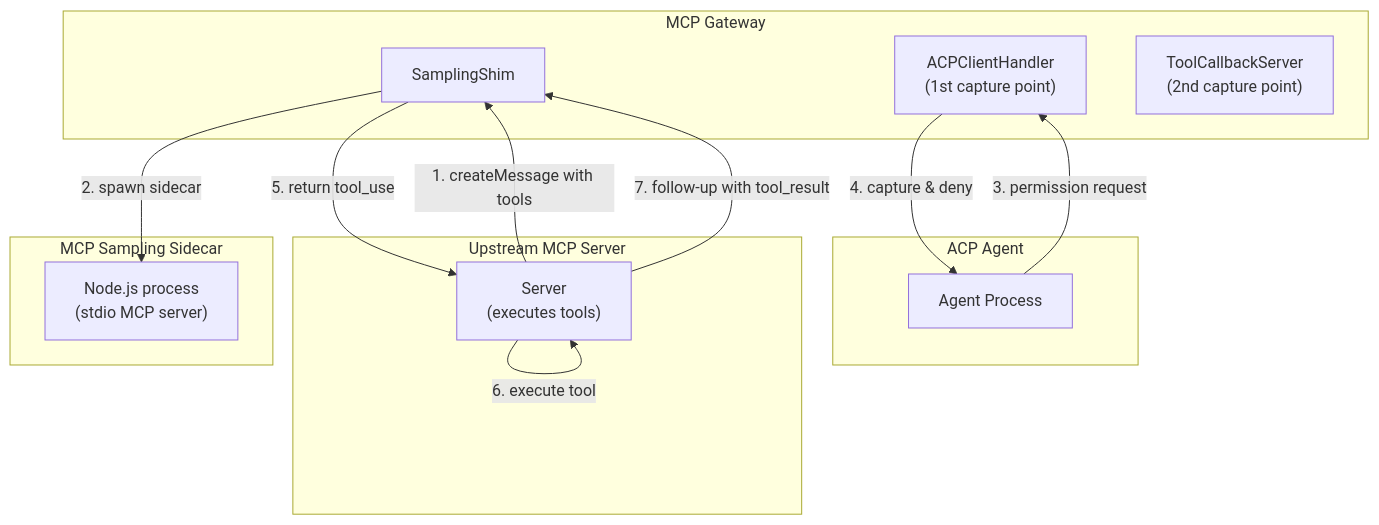
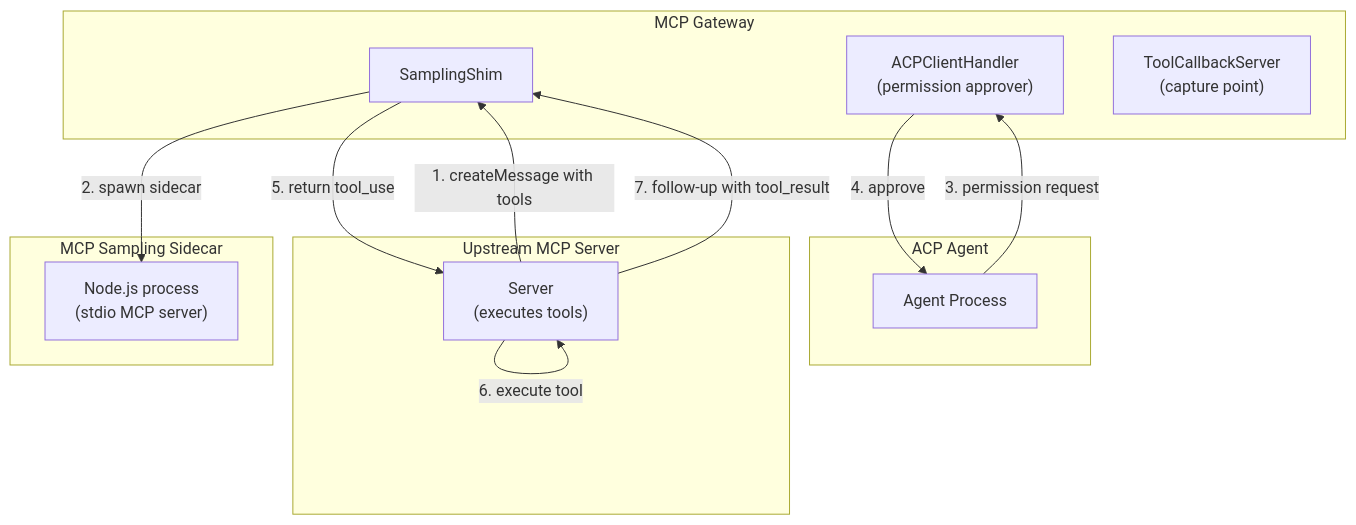
The eighth of 10 diagrams in docs/design/sampling.md (karashiiro/my-cool-proxy), drawn with Mermaid before and after one commit. The commit also changed other lines of this file and 8 other files, not shown here.

````diff
--- a/docs/design/sampling.md
+++ b/docs/design/sampling.md
@@ -300,28 +304,28 @@
 ```mermaid
 flowchart TB
     subgraph Gateway["MCP Gateway"]
         Shim["SamplingShim"]
-        Handler["ACPClientHandler<br/>(1st capture point)"]
-        Callback["ToolCallbackServer<br/>(2nd capture point)"]
+        Handler["ACPClientHandler<br/>(permission approver)"]
+        Callback["ToolCallbackServer<br/>(capture point)"]
     end
 
     subgraph Sidecar["MCP Sampling Sidecar"]
         SidecarProc["Node.js process<br/>(stdio MCP server)"]
     end
 
     subgraph Agent["ACP Agent"]
         AgentProc["Agent Process"]
     end
 
     subgraph Upstream["Upstream MCP Server"]
         Server["Server<br/>(executes tools)"]
     end
 
     Server -->|"1. createMessage with tools"| Shim
     Shim -->|"2. spawn sidecar"| SidecarProc
     AgentProc -->|"3. permission request"| Handler
-    Handler -->|"4. capture & deny"| AgentProc
+    Handler -->|"4. approve"| AgentProc
     Shim -->|"5. return tool_use"| Server
     Server -->|"6. execute tool"| Server
     Server -->|"7. follow-up with tool_result"| Shim
 ```
````
